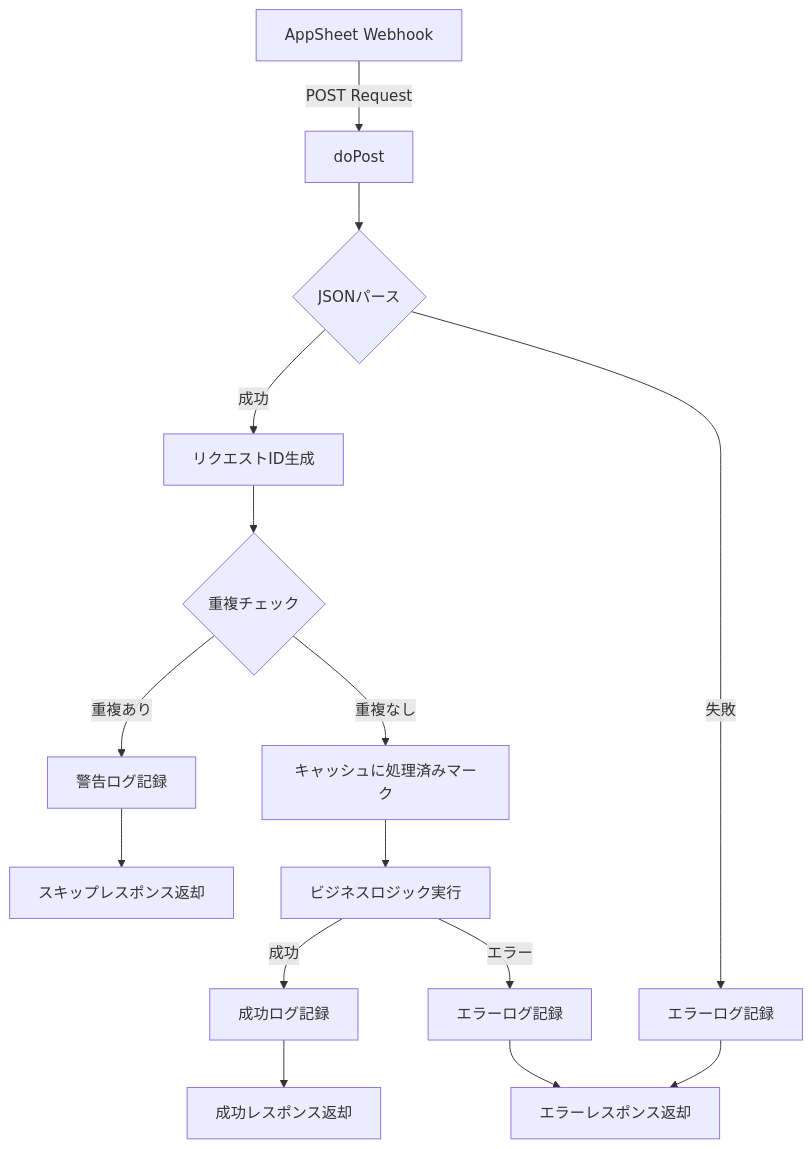
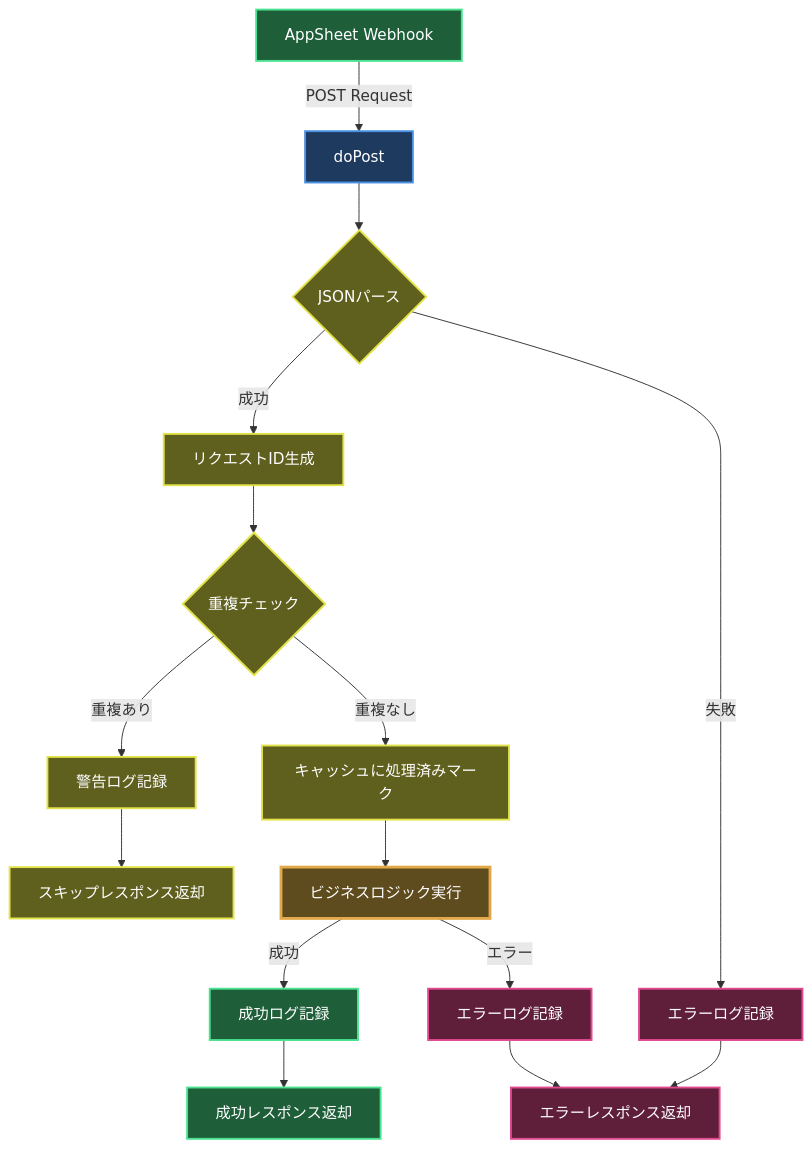
The first of 8 diagrams in gas_projects/Appsheet_営業_音声記録/FLOW.md (tasai-lab/appsheet-gas-automation), drawn with Mermaid before and after one commit. The commit also changed other lines of this file, not shown here.

````diff
--- a/gas_projects/Appsheet_営業_音声記録/FLOW.md
+++ b/gas_projects/Appsheet_営業_音声記録/FLOW.md
@@ -7,21 +9,37 @@
 ```mermaid
 flowchart TD
     A[AppSheet Webhook] -->|POST Request| B[doPost]
     B --> C{JSONパース}
     C -->|成功| D[リクエストID生成]
     C -->|失敗| E[エラーログ記録]
     E --> F[エラーレスポンス返却]
     
     D --> G{重複チェック}
     G -->|重複あり| H[警告ログ記録]
     H --> I[スキップレスポンス返却]
     
     G -->|重複なし| J[キャッシュに処理済みマーク]
     J --> K[ビジネスロジック実行]
     
     K -->|成功| L[成功ログ記録]
     K -->|エラー| M[エラーログ記録]
     
     L --> N[成功レスポンス返却]
     M --> F
+    
+    %% スタイル定義（ダークモード対応）
+    style A fill:#1e5f3a,stroke:#4ae290,stroke-width:2px,color:#fff
+    style B fill:#1e3a5f,stroke:#4a90e2,stroke-width:2px,color:#fff
+    style C fill:#5f5f1e,stroke:#e2e24a,stroke-width:2px,color:#fff
+    style D fill:#5f5f1e,stroke:#e2e24a,stroke-width:2px,color:#fff
+    style E fill:#5f1e3a,stroke:#e24a90,stroke-width:2px,color:#fff
+    style F fill:#5f1e3a,stroke:#e24a90,stroke-width:2px,color:#fff
+    style G fill:#5f5f1e,stroke:#e2e24a,stroke-width:2px,color:#fff
+    style H fill:#5f5f1e,stroke:#e2e24a,stroke-width:2px,color:#fff
+    style I fill:#5f5f1e,stroke:#e2e24a,stroke-width:2px,color:#fff
+    style J fill:#5f5f1e,stroke:#e2e24a,stroke-width:2px,color:#fff
+    style K fill:#5f4c1e,stroke:#e2a84a,stroke-width:3px,color:#fff
+    style L fill:#1e5f3a,stroke:#4ae290,stroke-width:2px,color:#fff
+    style M fill:#5f1e3a,stroke:#e24a90,stroke-width:2px,color:#fff
+    style N fill:#1e5f3a,stroke:#4ae290,stroke-width:2px,color:#fff
 ```
````
